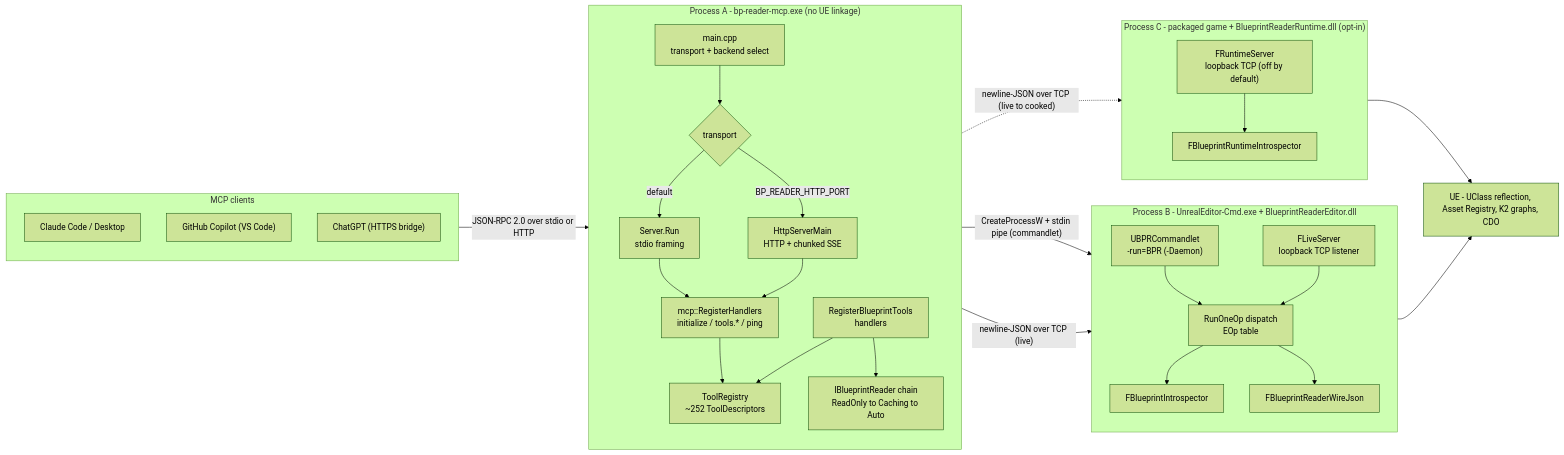
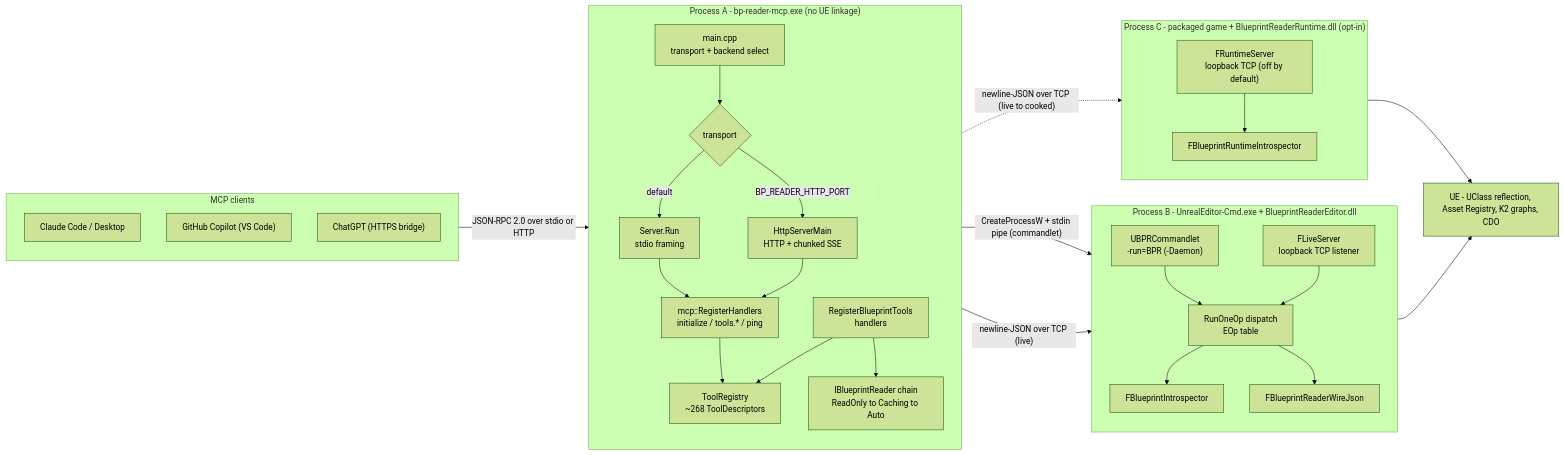
The first of 10 diagrams in wiki/Architecture.md (defessler/Unreal-Engine-5-MCP), drawn with Mermaid (forest theme) before and after one commit. The commit also changed 6 other files, not shown here.

````diff
--- a/wiki/Architecture.md
+++ b/wiki/Architecture.md
@@ -30,58 +30,58 @@
 ```mermaid
 flowchart LR
     subgraph clients["MCP clients"]
         direction TB
         CC["Claude Code / Desktop"]
         CP["GitHub Copilot (VS Code)"]
         GP["ChatGPT (HTTPS bridge)"]
     end
 
     subgraph proc_server["Process A - bp-reader-mcp.exe (no UE linkage)"]
         direction TB
         MAIN["main.cpp<br/>transport + backend select"]
         TRANSPORT{"transport"}
         STDIO["Server.Run<br/>stdio framing"]
         HTTP["HttpServerMain<br/>HTTP + chunked SSE"]
         MCP["mcp::RegisterHandlers<br/>initialize / tools.* / ping"]
-        REG["ToolRegistry<br/>~252 ToolDescriptors"]
+        REG["ToolRegistry<br/>~268 ToolDescriptors"]
         BTOOLS["RegisterBlueprintTools<br/>handlers"]
         CHAIN["IBlueprintReader chain<br/>ReadOnly to Caching to Auto"]
         MAIN --> TRANSPORT
         TRANSPORT -->|default| STDIO
         TRANSPORT -->|BP_READER_HTTP_PORT| HTTP
         STDIO --> MCP
         HTTP --> MCP
         MCP --> REG
         BTOOLS --> REG
         BTOOLS --> CHAIN
     end
 
     subgraph proc_editor["Process B - UnrealEditor-Cmd.exe + BlueprintReaderEditor.dll"]
         direction TB
         DAEMON["UBPRCommandlet<br/>-run=BPR (-Daemon)"]
         LIVE["FLiveServer<br/>loopback TCP listener"]
         RUNONE["RunOneOp dispatch<br/>EOp table"]
         INTRO["FBlueprintIntrospector"]
         WIRE["FBlueprintReaderWireJson"]
         DAEMON --> RUNONE
         LIVE --> RUNONE
         RUNONE --> INTRO
         RUNONE --> WIRE
     end
 
     subgraph proc_cooked["Process C - packaged game + BlueprintReaderRuntime.dll (opt-in)"]
         direction TB
         RTSRV["FRuntimeServer<br/>loopback TCP (off by default)"]
         RTINTRO["FBlueprintRuntimeIntrospector"]
         RTSRV --> RTINTRO
     end
 
     UEREFL["UE - UClass reflection, Asset Registry, K2 graphs, CDO"]
 
     clients -->|"JSON-RPC 2.0 over stdio or HTTP"| MAIN
     CHAIN -->|"CreateProcessW + stdin pipe (commandlet)"| DAEMON
     CHAIN -->|"newline-JSON over TCP (live)"| LIVE
     CHAIN -.->|"newline-JSON over TCP (live to cooked)"| RTSRV
     INTRO --> UEREFL
     RTINTRO --> UEREFL
 ```
````
